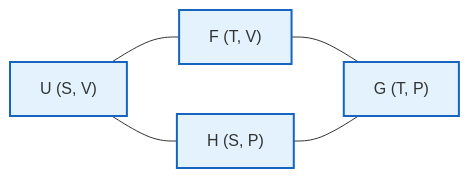
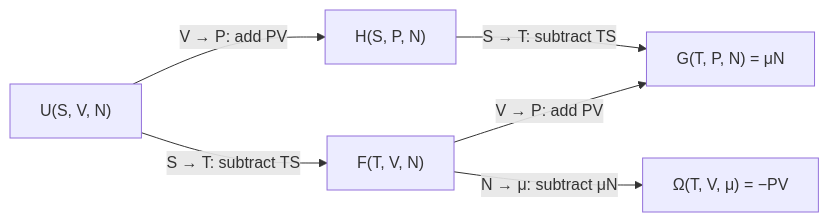
The first of 2 diagrams in github-pages/docs/physics/thermodynamics-advanced.md (AndrewAltimit/Documentation), drawn with Mermaid before and after one commit. The commit also changed other lines of this file and 240 other files, not shown here.

````diff
--- a/github-pages/docs/physics/thermodynamics-advanced.md
+++ b/github-pages/docs/physics/thermodynamics-advanced.md
@@ -94,12 +34,8 @@
 ```mermaid
-graph LR
-    U["U (S, V)"] --- H["H (S, P)"]
-    F["F (T, V)"] --- G["G (T, P)"]
-    U --- F
-    H --- G
-    U:::pot
-    H:::pot
-    F:::pot
-    G:::pot
-    classDef pot fill:#e3f2fd,stroke:#1565c0,stroke-width:2px;
+flowchart LR
+    U["U(S, V, N)"] -->|"S → T: subtract TS"| F["F(T, V, N)"]
+    U -->|"V → P: add PV"| H["H(S, P, N)"]
+    F -->|"V → P: add PV"| G["G(T, P, N) = μN"]
+    H -->|"S → T: subtract TS"| G
+    F -->|"N → μ: subtract μN"| Om["Ω(T, V, μ) = −PV"]
 ```
````
